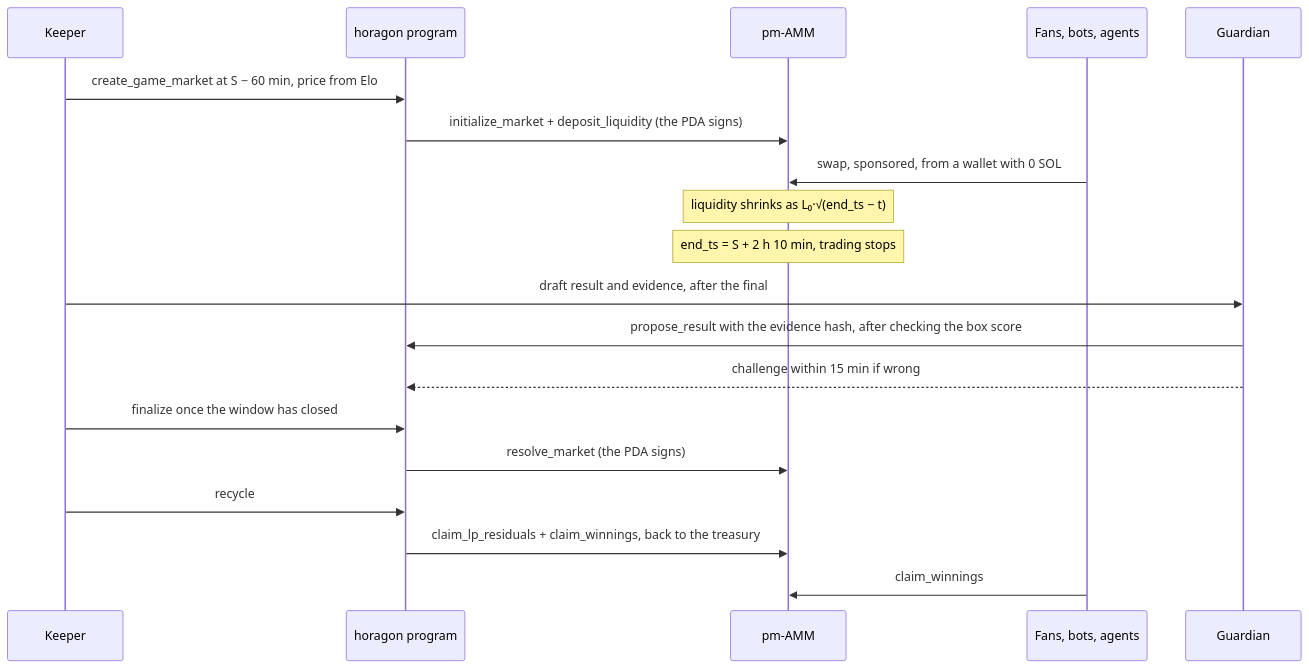
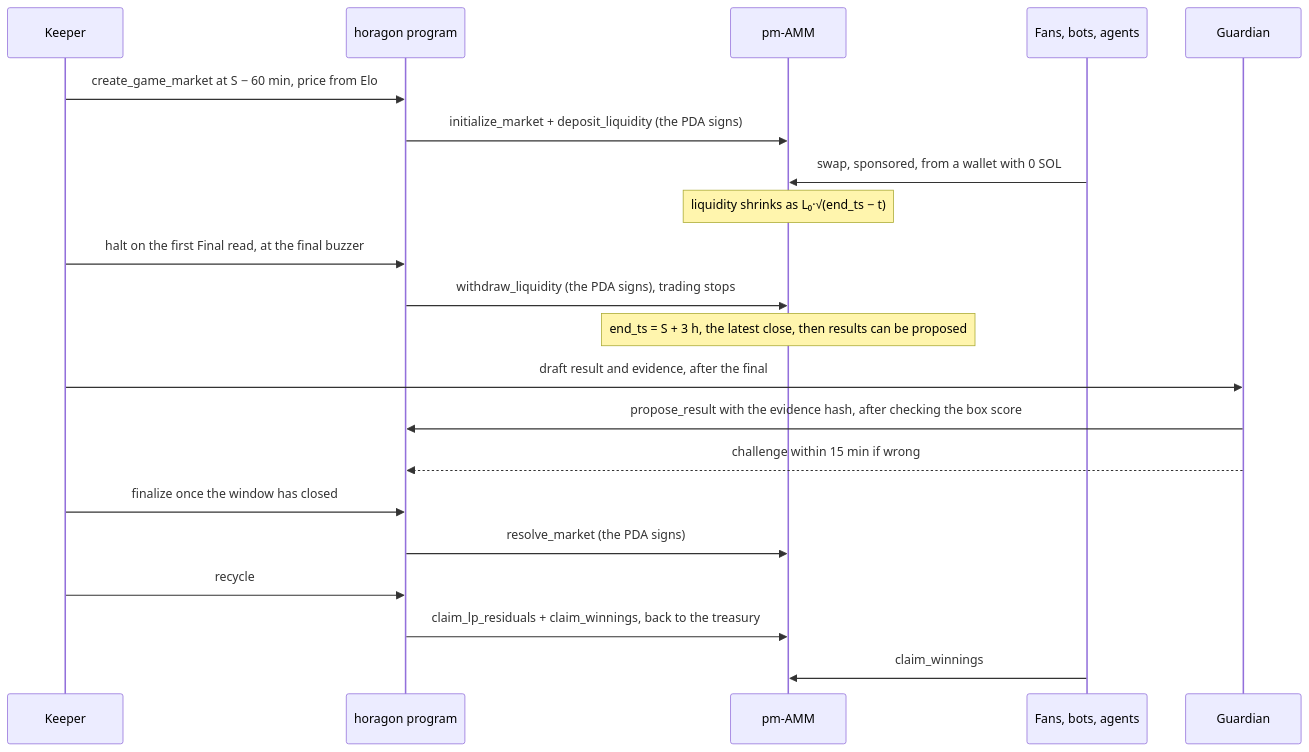
Before and after one commit to horagon-labs/horagon: the diagram in README.md, drawn with Mermaid. The commit also changed other lines of this file and 13 other files, not shown here.

First line of the commit message:
feat(keeper): close markets at the final buzzer, end_ts at S + 3h

````diff
--- a/README.md
+++ b/README.md
@@ -295,21 +297,23 @@
 ```mermaid
 sequenceDiagram
     participant K as Keeper
     participant H as horagon program
     participant P as pm-AMM
     participant F as Fans, bots, agents
     participant G as Guardian
     K->>H: create_game_market at S − 60 min, price from Elo
     H->>P: initialize_market + deposit_liquidity (the PDA signs)
     F->>P: swap, sponsored, from a wallet with 0 SOL
     Note over P: liquidity shrinks as L₀·√(end_ts − t)
-    Note over P: end_ts = S + 2 h 10 min, trading stops
+    K->>H: halt on the first Final read, at the final buzzer
+    H->>P: withdraw_liquidity (the PDA signs), trading stops
+    Note over P: end_ts = S + 3 h, the latest close, then results can be proposed
     K->>G: draft result and evidence, after the final
     G->>H: propose_result with the evidence hash, after checking the box score
     G-->>H: challenge within 15 min if wrong
     K->>H: finalize once the window has closed
     H->>P: resolve_market (the PDA signs)
     K->>H: recycle
     H->>P: claim_lp_residuals + claim_winnings, back to the treasury
     F->>P: claim_winnings
 ```
````
